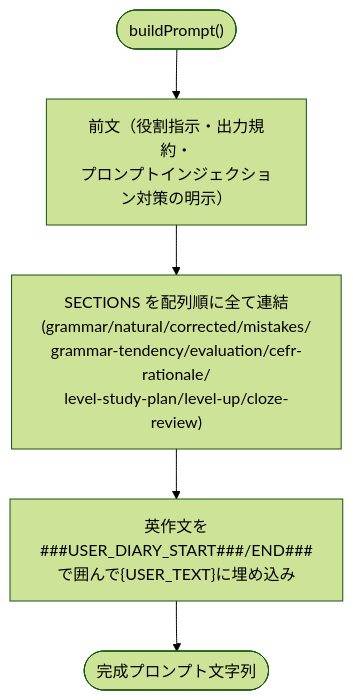
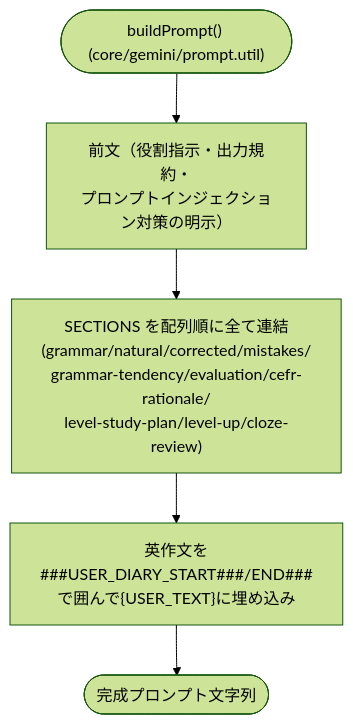
Before and after one commit to rmatsuo-jp/eibun-lab: the tenth of 10 diagrams in ARCHITECTURE.md, drawn with Mermaid (forest theme). The commit also changed other lines of this file and 82 other files, not shown here.

````diff
--- a/ARCHITECTURE.md
+++ b/ARCHITECTURE.md
@@ -294,10 +313,10 @@
 ```mermaid
 flowchart TD
-    Start(["buildPrompt()"])
+    Start(["buildPrompt() (core/gemini/prompt.util)"])
     S1["前文（役割指示・出力規約・\nプロンプトインジェクション対策の明示）"]
     S2["SECTIONS を配列順に全て連結\n(grammar/natural/corrected/mistakes/\ngrammar-tendency/evaluation/cefr-rationale/\nlevel-study-plan/level-up/cloze-review)"]
     S3["英作文を###USER_DIARY_START###/END###\nで囲んで{USER_TEXT}に埋め込み"]
     End(["完成プロンプト文字列"])
 
     Start --> S1 --> S2 --> S3 --> End
 ```
````
